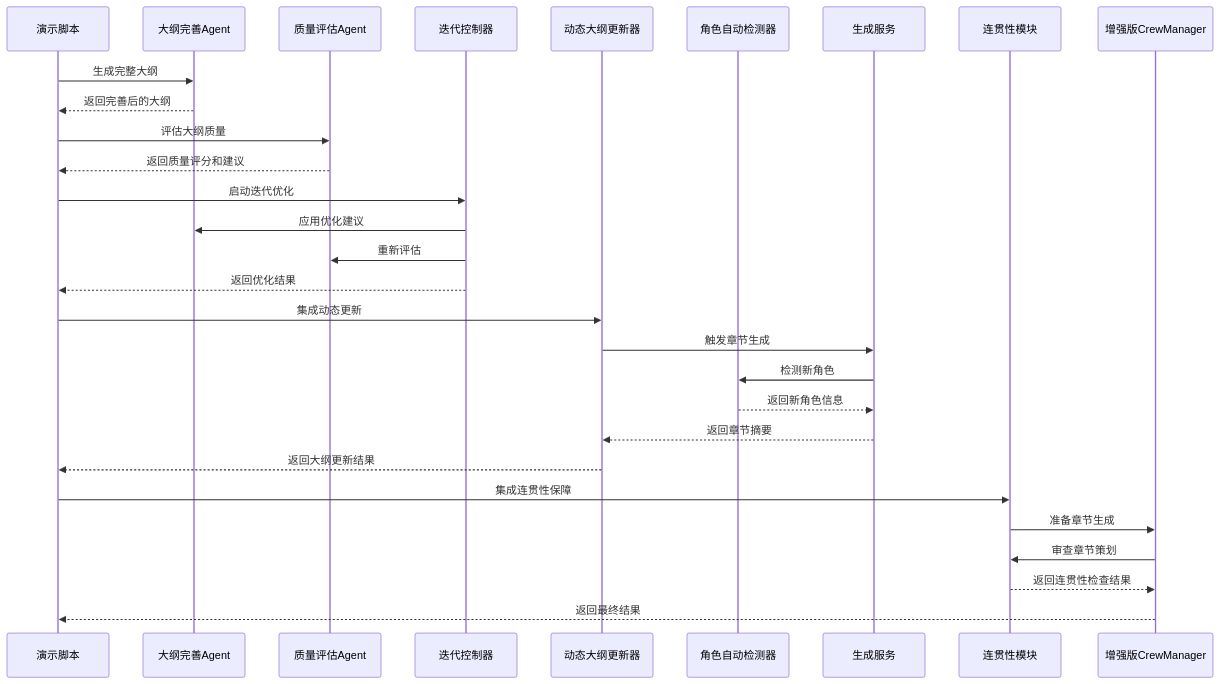
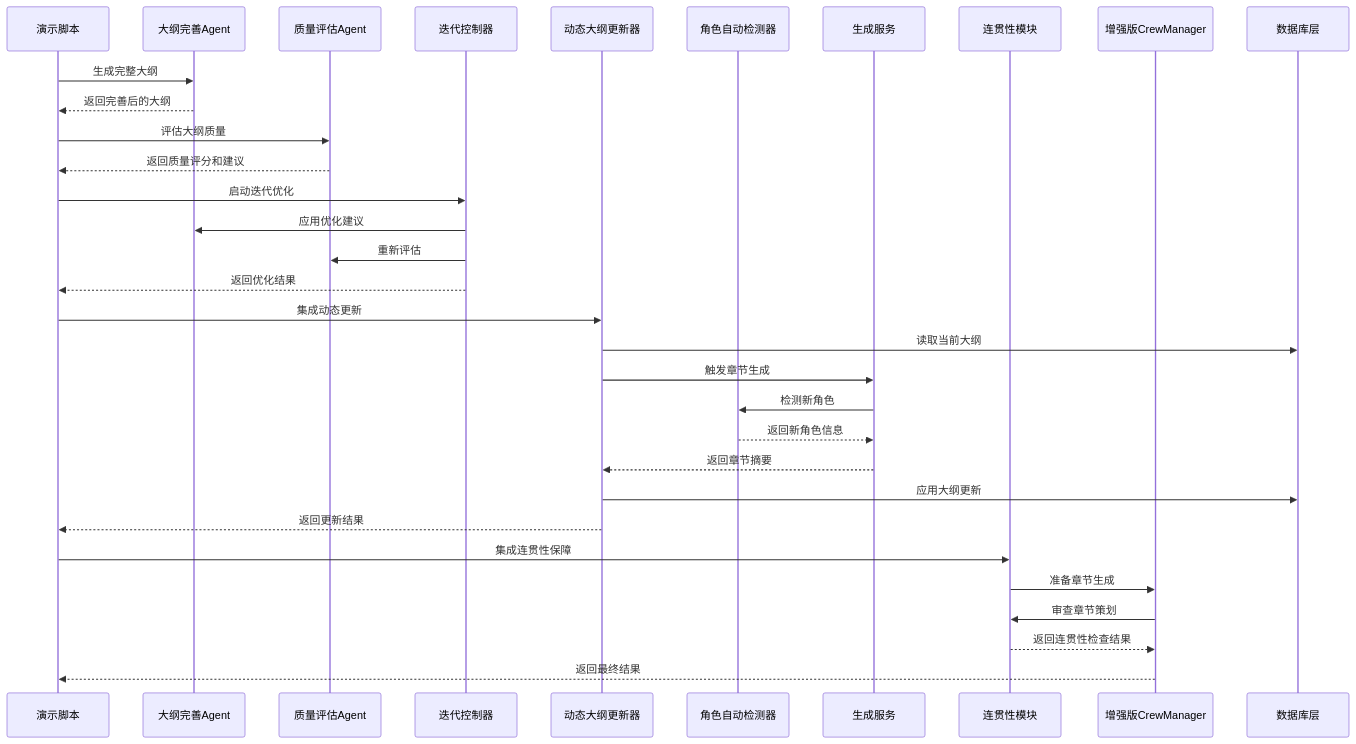
Before and after one commit to xfbyxq/ai-novel-system: the third of 16 diagrams in .qoder/repowiki/zh/content/开发者指南/大纲增强演示脚本.md, drawn with Mermaid. The commit also changed other lines of this file and 11 other files, not shown here.

````diff
--- a/.qoder/repowiki/zh/content/开发者指南/大纲增强演示脚本.md
+++ b/.qoder/repowiki/zh/content/开发者指南/大纲增强演示脚本.md
@@ -257,31 +283,34 @@
 ```mermaid
 sequenceDiagram
 participant Demo as 演示脚本
 participant Refiner as 大纲完善Agent
 participant Validator as 质量评估Agent
 participant Controller as 迭代控制器
 participant DynamicUpdater as 动态大纲更新器
 participant CharacterDetector as 角色自动检测器
 participant GenerationService as 生成服务
 participant Continuity as 连贯性模块
 participant EnhancedCrew as 增强版CrewManager
+participant DB as 数据库层
 Demo->>Refiner : 生成完整大纲
 Refiner-->>Demo : 返回完善后的大纲
 Demo->>Validator : 评估大纲质量
 Validator-->>Demo : 返回质量评分和建议
 Demo->>Controller : 启动迭代优化
 Controller->>Refiner : 应用优化建议
 Controller->>Validator : 重新评估
 Controller-->>Demo : 返回优化结果
 Demo->>DynamicUpdater : 集成动态更新
+DynamicUpdater->>DB : 读取当前大纲
 DynamicUpdater->>GenerationService : 触发章节生成
 GenerationService->>CharacterDetector : 检测新角色
 CharacterDetector-->>GenerationService : 返回新角色信息
 GenerationService-->>DynamicUpdater : 返回章节摘要
-DynamicUpdater-->>Demo : 返回大纲更新结果
+DynamicUpdater->>DB : 应用大纲更新
+DynamicUpdater-->>Demo : 返回更新结果
 Demo->>Continuity : 集成连贯性保障
 Continuity->>EnhancedCrew : 准备章节生成
 EnhancedCrew->>Continuity : 审查章节策划
 Continuity-->>EnhancedCrew : 返回连贯性检查结果
 EnhancedCrew-->>Demo : 返回最终结果
 ```
````
